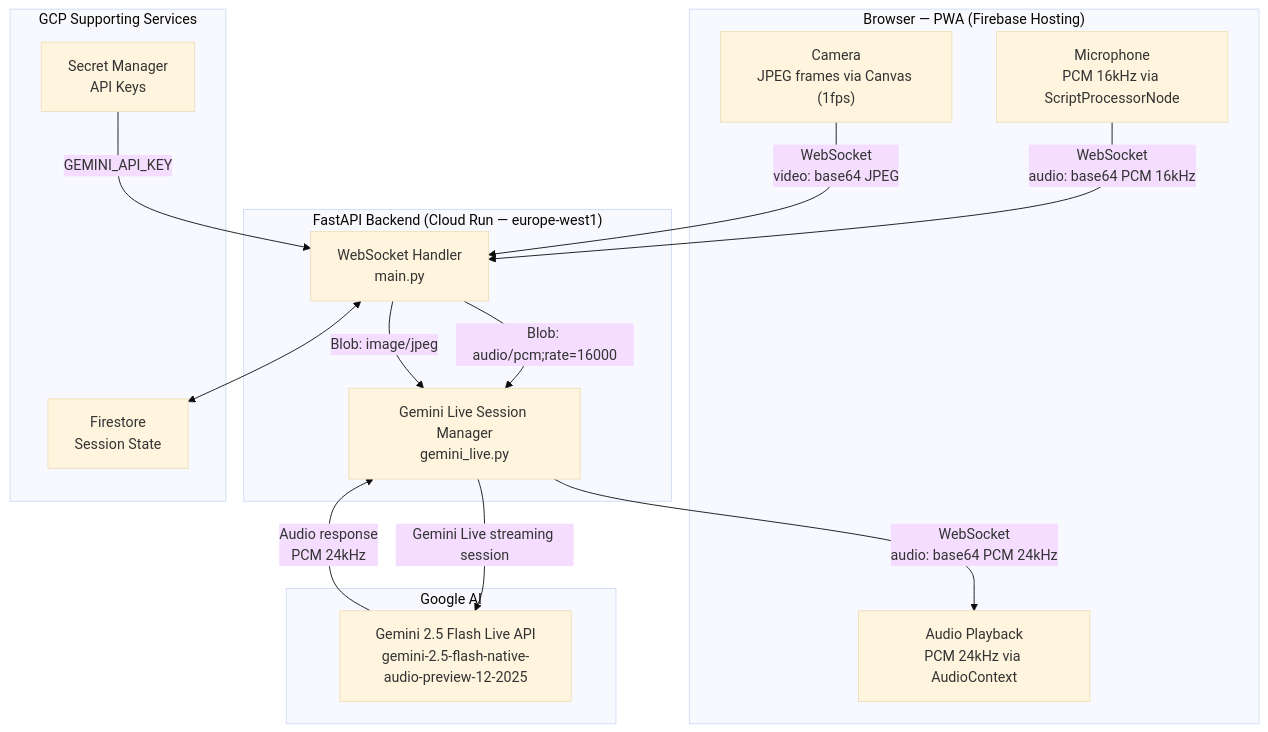
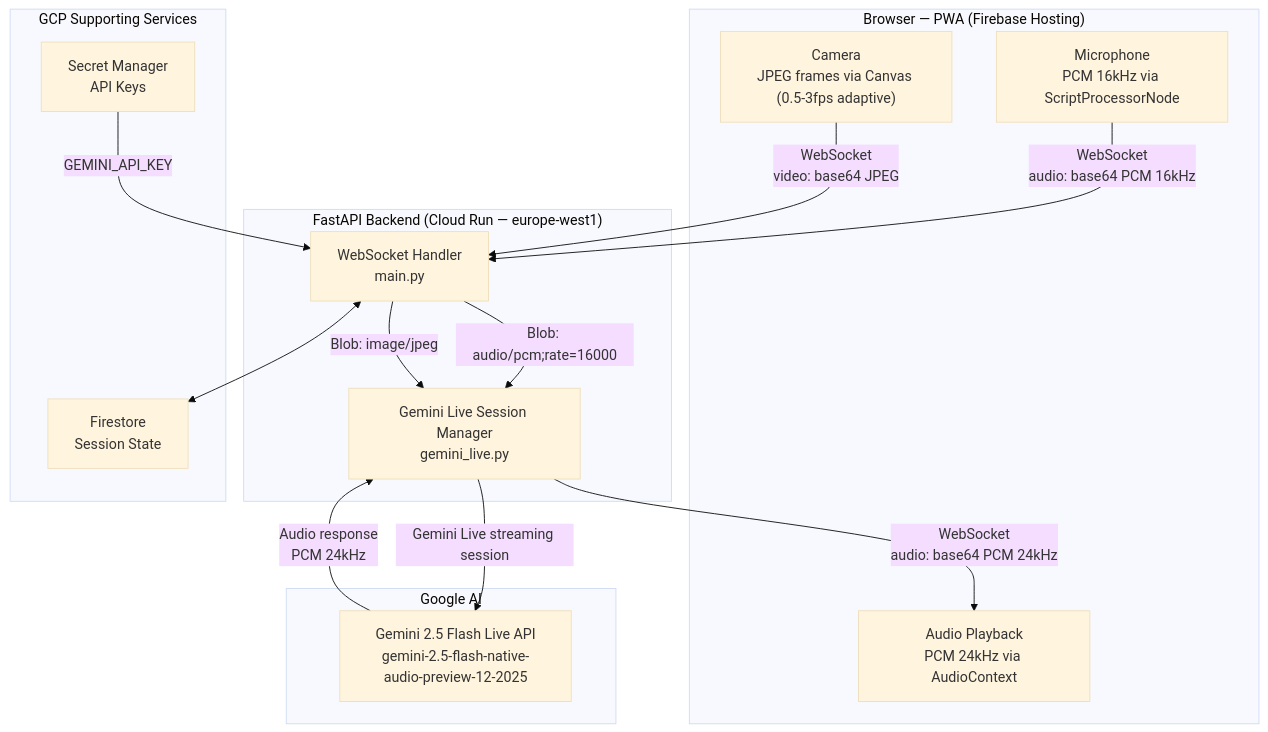
The diagram in README.md (luistatera/SeeMeTutor), drawn with Mermaid (base theme) before and after one commit. The commit also changed other lines of this file and 1 other file, not shown here.

````diff
--- a/README.md
+++ b/README.md
@@ -27,32 +52,32 @@
 ```mermaid
 flowchart TD
     subgraph Browser["Browser — PWA (Firebase Hosting)"]
         MIC["Microphone\nPCM 16kHz via ScriptProcessorNode"]
-        CAM["Camera\nJPEG frames via Canvas (1fps)"]
+        CAM["Camera\nJPEG frames via Canvas (0.5-3fps adaptive)"]
         PLAY["Audio Playback\nPCM 24kHz via AudioContext"]
     end
 
     subgraph Backend["FastAPI Backend (Cloud Run — europe-west1)"]
         WS["WebSocket Handler\nmain.py"]
         GL["Gemini Live Session Manager\ngemini_live.py"]
     end
 
     subgraph Google["Google AI"]
         GEMINI["Gemini 2.5 Flash Live API\ngemini-2.5-flash-native-audio-preview-12-2025"]
     end
 
     subgraph GCP["GCP Supporting Services"]
         FS["Firestore\nSession State"]
         SM["Secret Manager\nAPI Keys"]
     end
 
     MIC -- "WebSocket\naudio: base64 PCM 16kHz" --> WS
     CAM -- "WebSocket\nvideo: base64 JPEG" --> WS
     WS -- "Blob: audio/pcm;rate=16000" --> GL
     WS -- "Blob: image/jpeg" --> GL
     GL -- "Gemini Live streaming session" --> GEMINI
     GEMINI -- "Audio response\nPCM 24kHz" --> GL
     GL -- "WebSocket\naudio: base64 PCM 24kHz" --> PLAY
     WS <--> FS
     SM -- "GEMINI_API_KEY" --> WS
 ```
````
